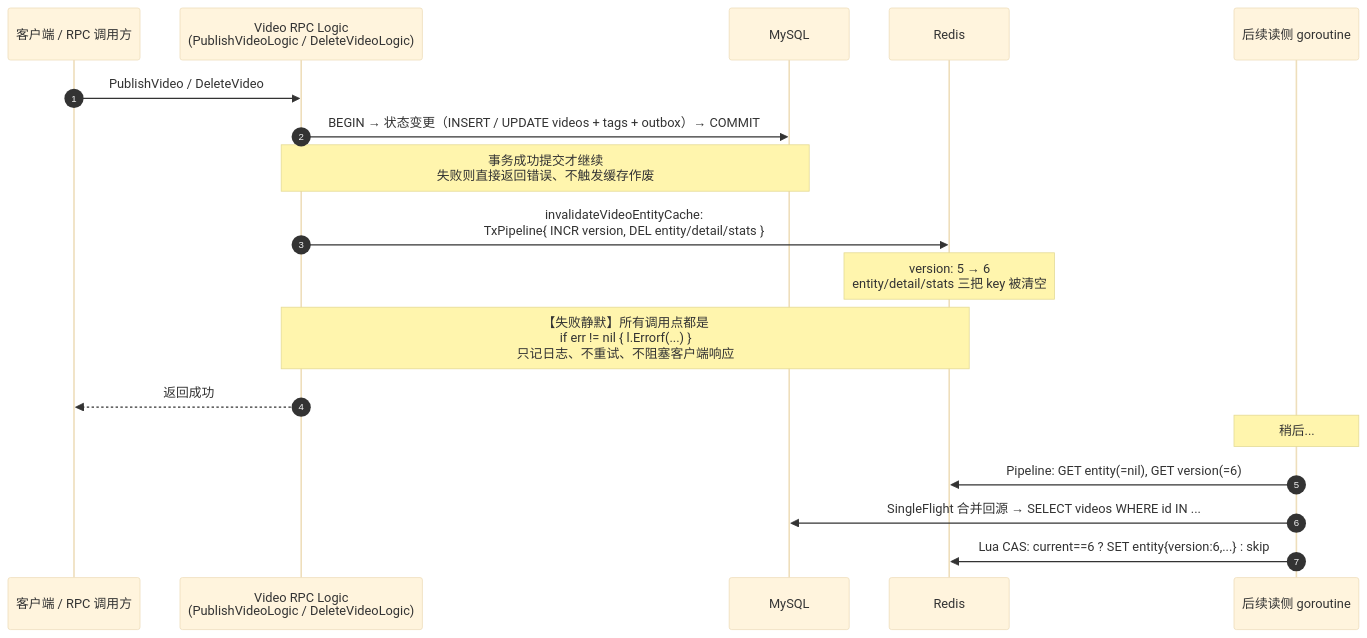
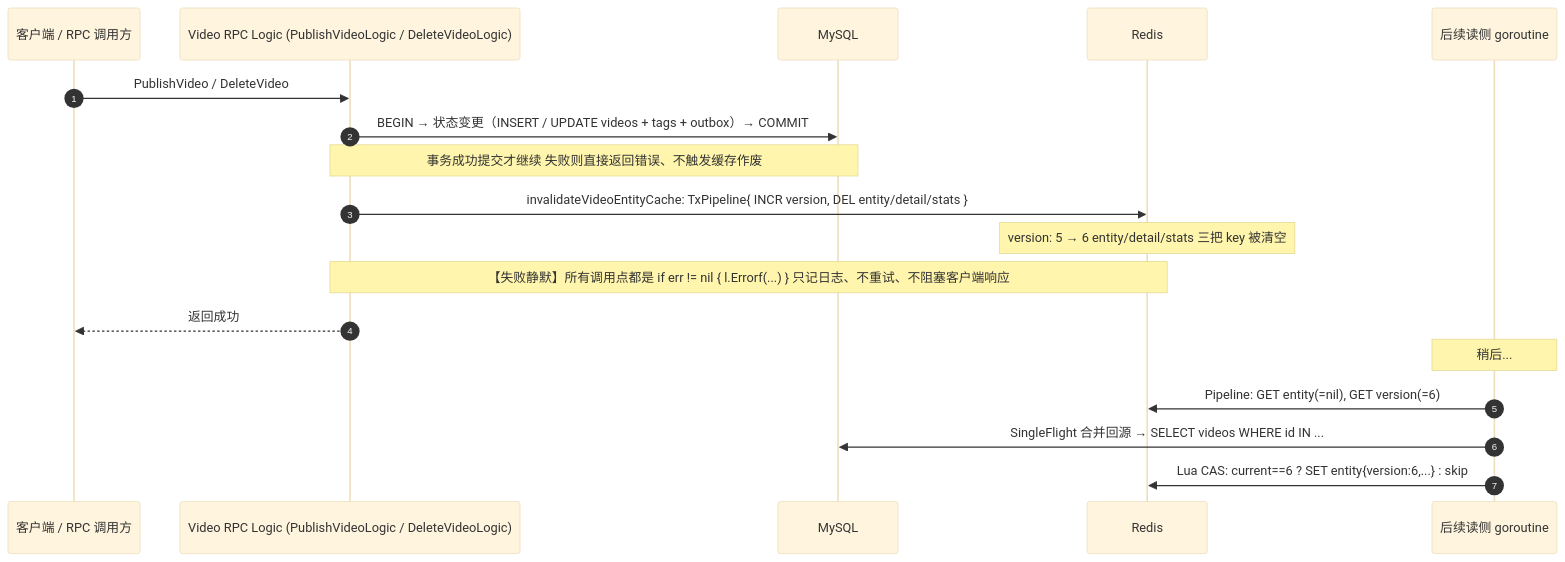
One commit to Redeemz473/feedsystem-zero changed diagram 11 of 28 in docs/PROJECT_OVERVIEW.md. Above: the diagram before and after it, drawn with Mermaid (base theme). The commit also changed other lines of this file, not shown here.

Commit message:
docs(overview): normalize all 28 mermaid diagrams for github renderer (remove 124 br tags and 3 dashed-with-label edges)

````diff
--- a/docs/PROJECT_OVERVIEW.md
+++ b/docs/PROJECT_OVERVIEW.md
@@ -1905,21 +1905,21 @@
 ```mermaid
 sequenceDiagram
     autonumber
     participant C as 客户端 / RPC 调用方
-    participant V as Video RPC Logic<br/>(PublishVideoLogic / DeleteVideoLogic)
+    participant V as Video RPC Logic (PublishVideoLogic / DeleteVideoLogic)
     participant DB as MySQL
     participant R as Redis
     participant R2 as 后续读侧 goroutine
 
     C->>V: PublishVideo / DeleteVideo
     V->>DB: BEGIN → 状态变更（INSERT / UPDATE videos + tags + outbox）→ COMMIT
-    Note over V,DB: 事务成功提交才继续<br/>失败则直接返回错误、不触发缓存作废
-    V->>R: invalidateVideoEntityCache:<br/>TxPipeline{ INCR version, DEL entity/detail/stats }
-    Note over R: version: 5 → 6<br/>entity/detail/stats 三把 key 被清空
-    Note over V,R: 【失败静默】所有调用点都是<br/>if err != nil { l.Errorf(...) }<br/>只记日志、不重试、不阻塞客户端响应
+    Note over V,DB: 事务成功提交才继续 失败则直接返回错误、不触发缓存作废
+    V->>R: invalidateVideoEntityCache: TxPipeline{ INCR version, DEL entity/detail/stats }
+    Note over R: version: 5 → 6 entity/detail/stats 三把 key 被清空
+    Note over V,R: 【失败静默】所有调用点都是 if err != nil { l.Errorf(...) } 只记日志、不重试、不阻塞客户端响应
     V-->>C: 返回成功
     Note over R2: 稍后...
     R2->>R: Pipeline: GET entity(=nil), GET version(=6)
     R2->>DB: SingleFlight 合并回源 → SELECT videos WHERE id IN ...
     R2->>R: Lua CAS: current==6 ? SET entity{version:6,...} : skip
 ```
````
